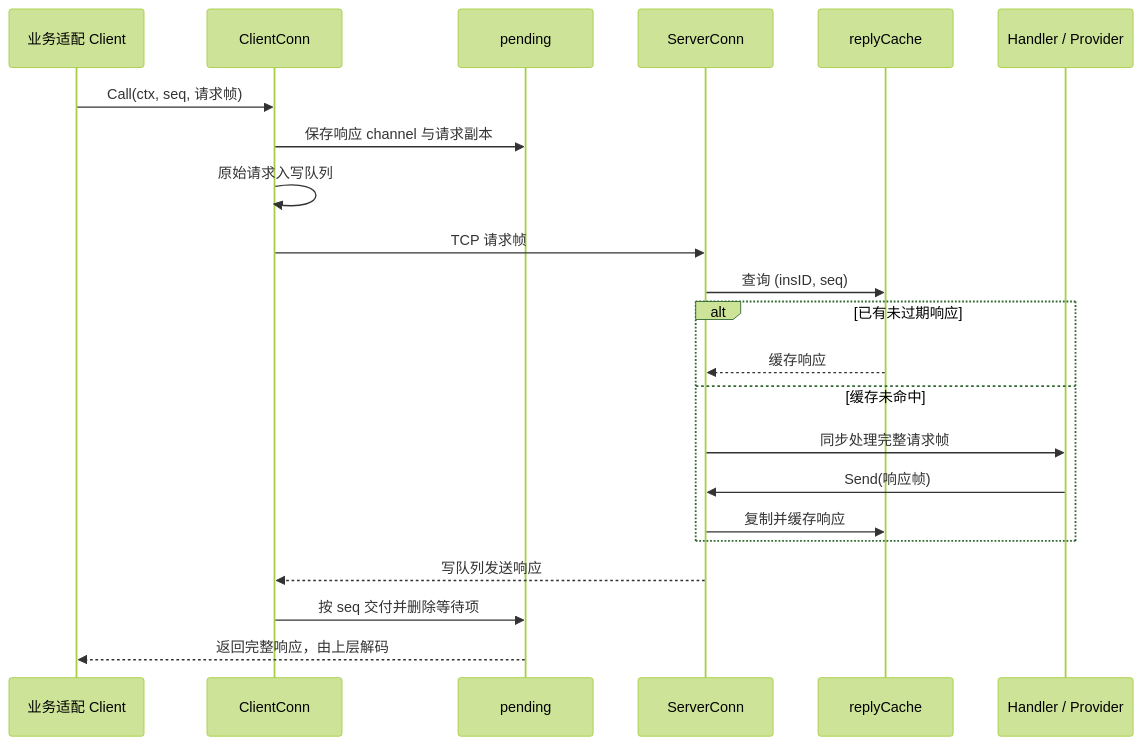
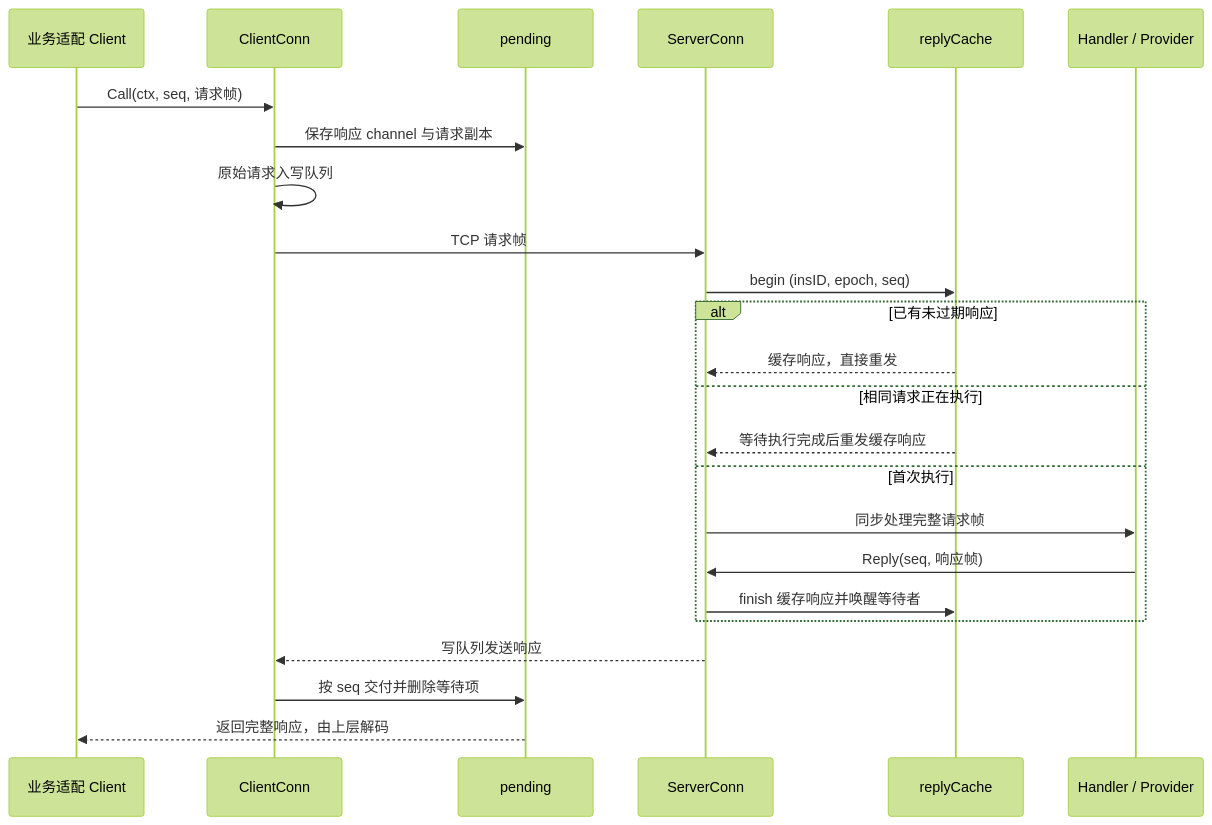
The third of 3 diagrams in internal/transporter/internal/drpc/ARCHITECTURE.md (dobyte/due), drawn with Mermaid (forest theme) before and after one commit. The commit also changed other lines of this file and 37 other files, not shown here.

````diff
--- a/internal/transporter/internal/drpc/ARCHITECTURE.md
+++ b/internal/transporter/internal/drpc/ARCHITECTURE.md
@@ -110,24 +114,26 @@
 ```mermaid
 sequenceDiagram
     participant B as 业务适配 Client
     participant C as ClientConn
     participant P as pending
     participant S as ServerConn
     participant R as replyCache
     participant H as Handler / Provider
     B->>C: Call(ctx, seq, 请求帧)
     C->>P: 保存响应 channel 与请求副本
     C->>C: 原始请求入写队列
     C->>S: TCP 请求帧
-    S->>R: 查询 (insID, seq)
+    S->>R: begin (insID, epoch, seq)
     alt 已有未过期响应
-        R-->>S: 缓存响应
-    else 缓存未命中
+        R-->>S: 缓存响应，直接重发
+    else 相同请求正在执行
+        R-->>S: 等待执行完成后重发缓存响应
+    else 首次执行
         S->>H: 同步处理完整请求帧
-        H->>S: Send(响应帧)
-        S->>R: 复制并缓存响应
+        H->>S: Reply(seq, 响应帧)
+        S->>R: finish 缓存响应并唤醒等待者
     end
     S-->>C: 写队列发送响应
     C->>P: 按 seq 交付并删除等待项
     P-->>B: 返回完整响应，由上层解码
 ```
````
